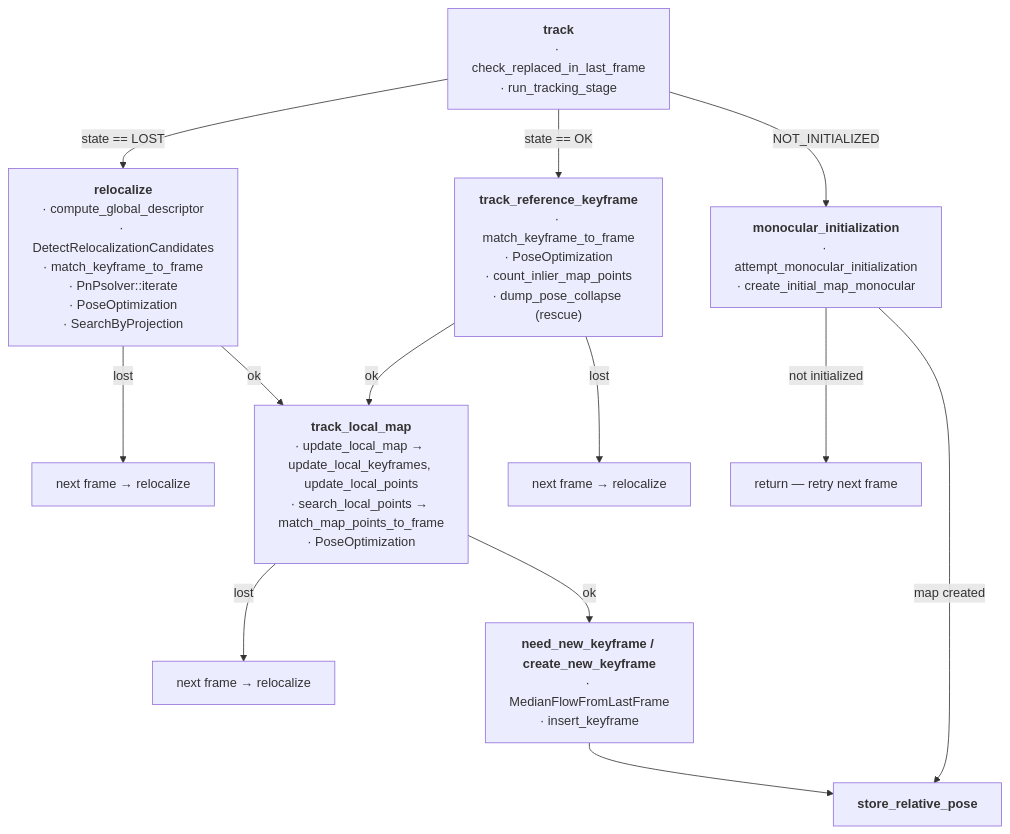
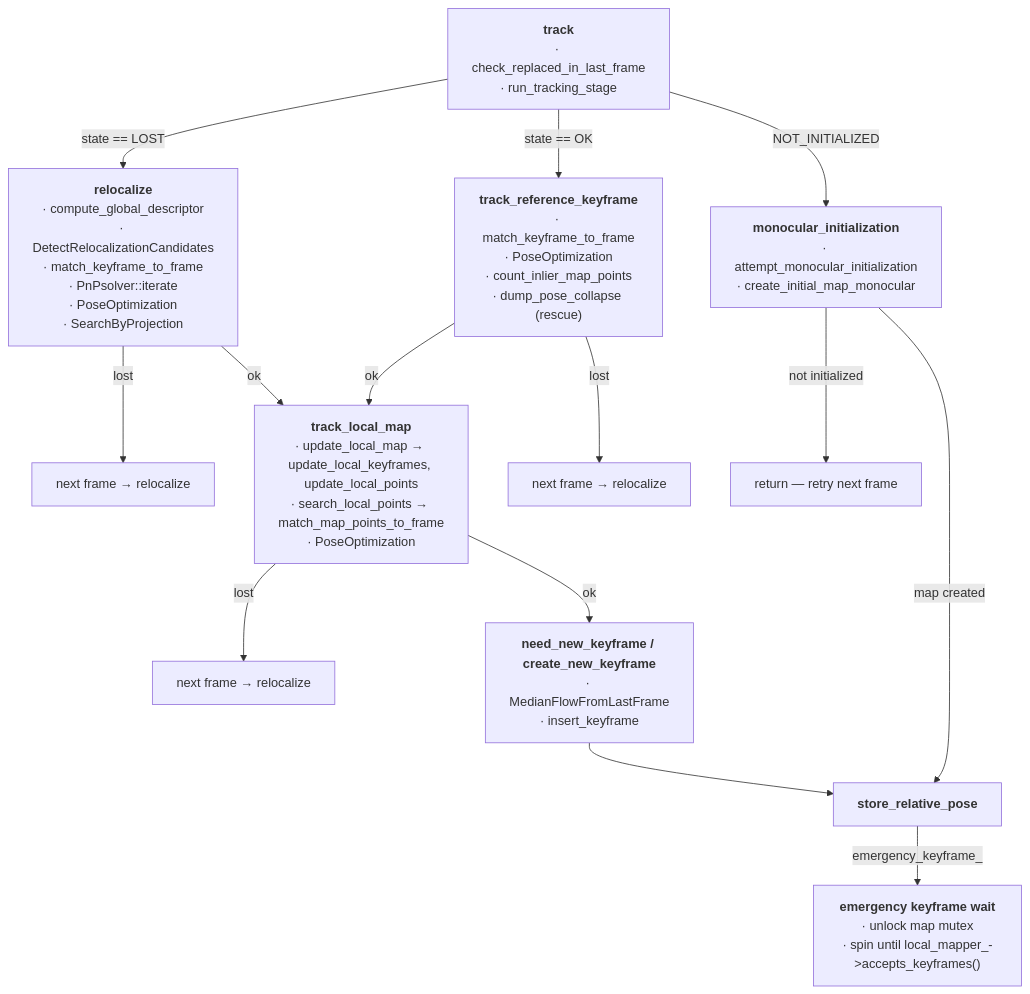
Before and after one commit to alejandrofontan/AllFeature-VSLAM: the diagram in allfeature.md, drawn with Mermaid.

Commit message:
Add the emergency-keyframe wait block to allfeature.md's call graph
Claude-Session: https://claude.ai/code/session_01QBhqoDmAkph9EwSJakmQh3

````diff
--- a/allfeature.md
+++ b/allfeature.md
@@ -288,21 +288,22 @@
 ```mermaid
 flowchart TD
     RL["<b>relocalize</b><br/>· compute_global_descriptor<br/>· DetectRelocalizationCandidates<br/>· match_keyframe_to_frame<br/>· PnPsolver::iterate<br/>· PoseOptimization<br/>· SearchByProjection"]
     TRK["<b>track_reference_keyframe</b><br/>· match_keyframe_to_frame<br/>· PoseOptimization<br/>· count_inlier_map_points<br/>· dump_pose_collapse (rescue)"]
     MI["<b>monocular_initialization</b><br/>· attempt_monocular_initialization<br/>· create_initial_map_monocular"]
 
     T["<b>track</b><br/>· check_replaced_in_last_frame<br/>· run_tracking_stage"] -->|state == LOST| RL
     T -->|state == OK| TRK
     T -->|NOT_INITIALIZED| MI
 
     RL -->|lost| NF1["next frame → relocalize"]
     RL -->|ok| TLM["<b>track_local_map</b><br/>· update_local_map → update_local_keyframes, update_local_points<br/>· search_local_points → match_map_points_to_frame<br/>· PoseOptimization"]
     TRK -->|ok| TLM
     TRK -->|lost| NF2["next frame → relocalize"]
     TLM -->|lost| NF3["next frame → relocalize"]
     TLM -->|ok| KF["<b>need_new_keyframe / create_new_keyframe</b><br/>· MedianFlowFromLastFrame<br/>· insert_keyframe"]
     KF --> TE["<b>store_relative_pose</b>"]
+    TE -->|emergency_keyframe_| EW["<b>emergency keyframe wait</b><br/>· unlock map mutex<br/>· spin until local_mapper_->accepts_keyframes()"]
     MI -->|not initialized| RET[return — retry next frame]
     MI -->|map created| TE
     MI ~~~ TLM
 ```
````
